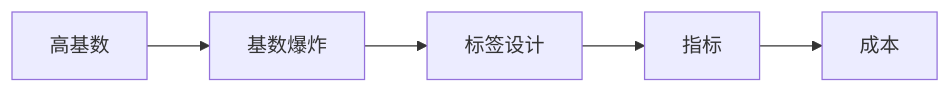
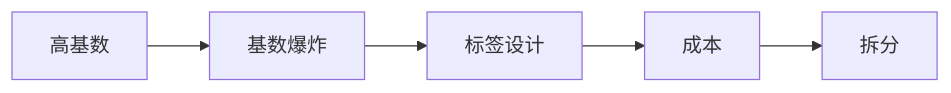
The diagram in 基础知识/时序库/高基数问题治理.md (tghrxxxyyy/knowledge-base), drawn with Mermaid before and after one commit. The commit also changed other lines of this file and 385 other files, not shown here.

````diff
--- a/基础知识/时序库/高基数问题治理.md
+++ b/基础知识/时序库/高基数问题治理.md
@@ -19,9 +19,9 @@
 ```mermaid
 flowchart LR
     A[高基数]
     B[基数爆炸]
     C[标签设计]
-    D[指标]
-    E[成本]
+    D[成本]
+    E[拆分]
     A --> B --> C --> D --> E
 ```
````
